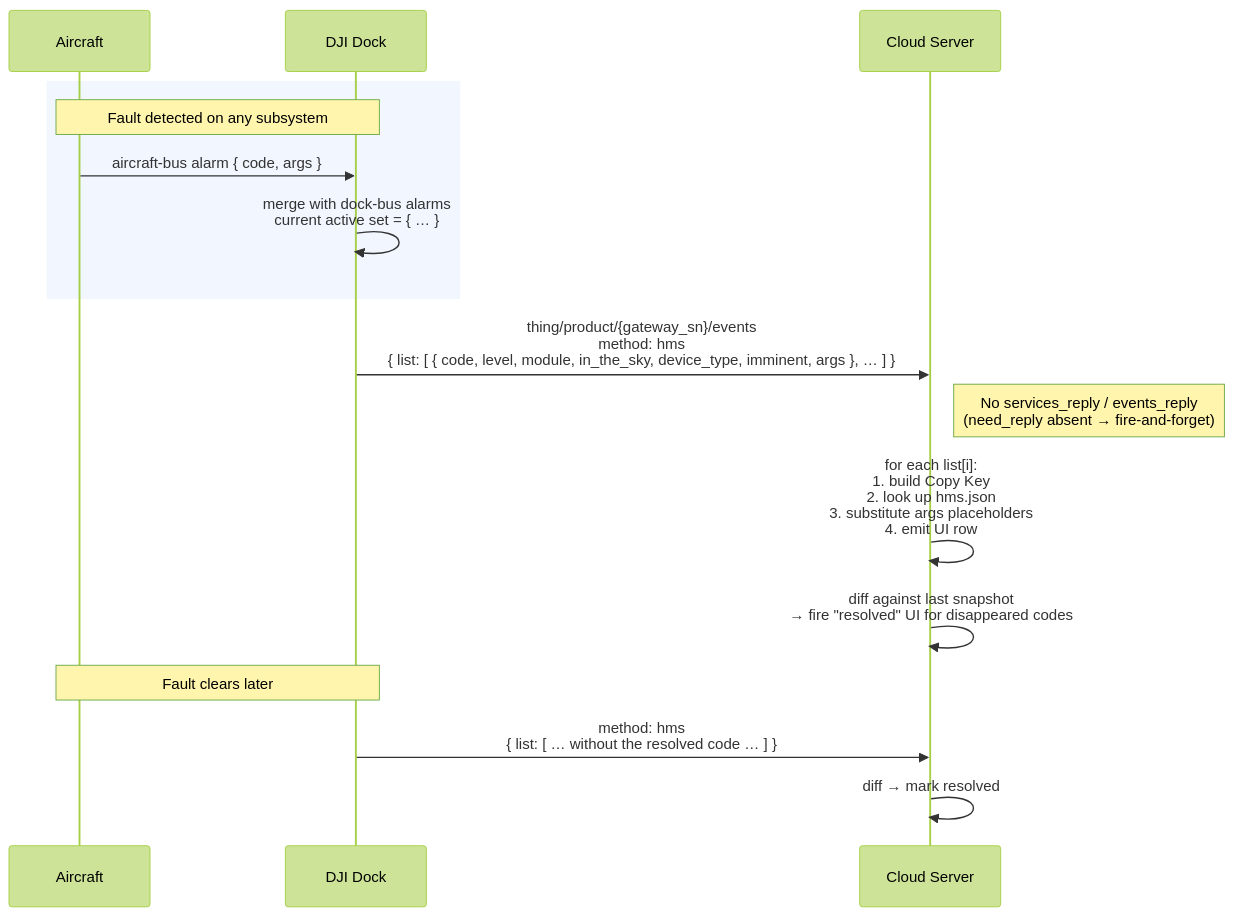
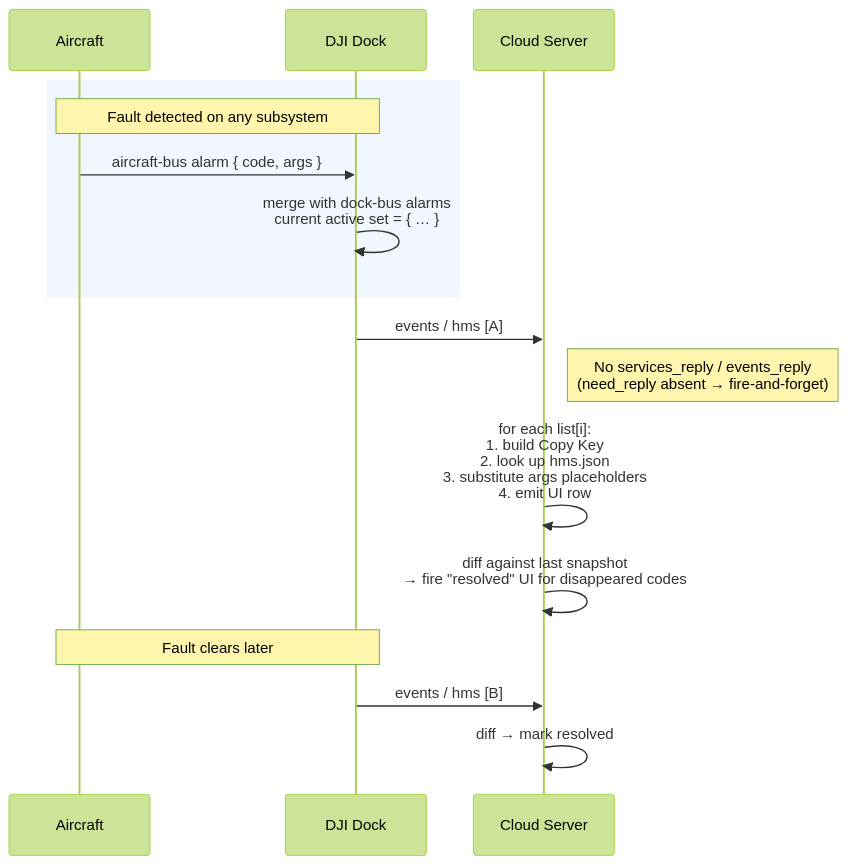
The diagram in master-docs/workflows/hms-event-reporting.md (larry-watkins-wps/DJI-docs-master), drawn with Mermaid (forest theme) before and after one commit. The commit also changed other lines of this file and 10 other files, not shown here.

First line of the commit message:
docs: beautify workflow mermaid diagrams with separate JSON payload blocks

````diff
--- a/master-docs/workflows/hms-event-reporting.md
+++ b/master-docs/workflows/hms-event-reporting.md
@@ -40,22 +40,22 @@
 ```mermaid
 sequenceDiagram
     participant aircraft as Aircraft
     participant dock as DJI Dock
     participant cloud as Cloud Server
 
     rect rgba(200,220,255,0.25)
         note over aircraft,dock: Fault detected on any subsystem
         aircraft ->> dock: aircraft-bus alarm { code, args }
         dock ->> dock: merge with dock-bus alarms<br/>current active set = { … }
     end
 
-    dock ->> cloud: thing/product/{gateway_sn}/events<br/>method: hms<br/>{ list: [ { code, level, module, in_the_sky, device_type, imminent, args }, … ] }
+    dock ->> cloud: events / hms   [A]
     note right of cloud: No services_reply / events_reply<br/>(need_reply absent → fire-and-forget)
 
     cloud ->> cloud: for each list[i]:<br/>1. build Copy Key<br/>2. look up hms.json<br/>3. substitute args placeholders<br/>4. emit UI row
     cloud ->> cloud: diff against last snapshot<br/>→ fire "resolved" UI for disappeared codes
 
     note over aircraft,dock: Fault clears later
-    dock ->> cloud: method: hms<br/>{ list: [ … without the resolved code … ] }
+    dock ->> cloud: events / hms   [B]
     cloud ->> cloud: diff → mark resolved
 ```
````
